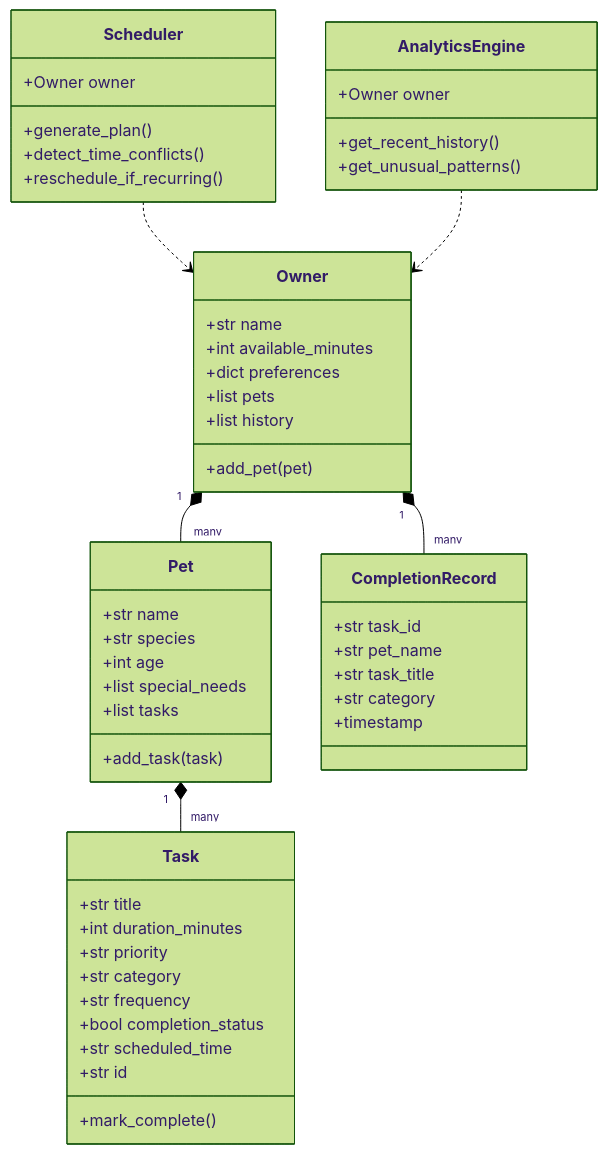
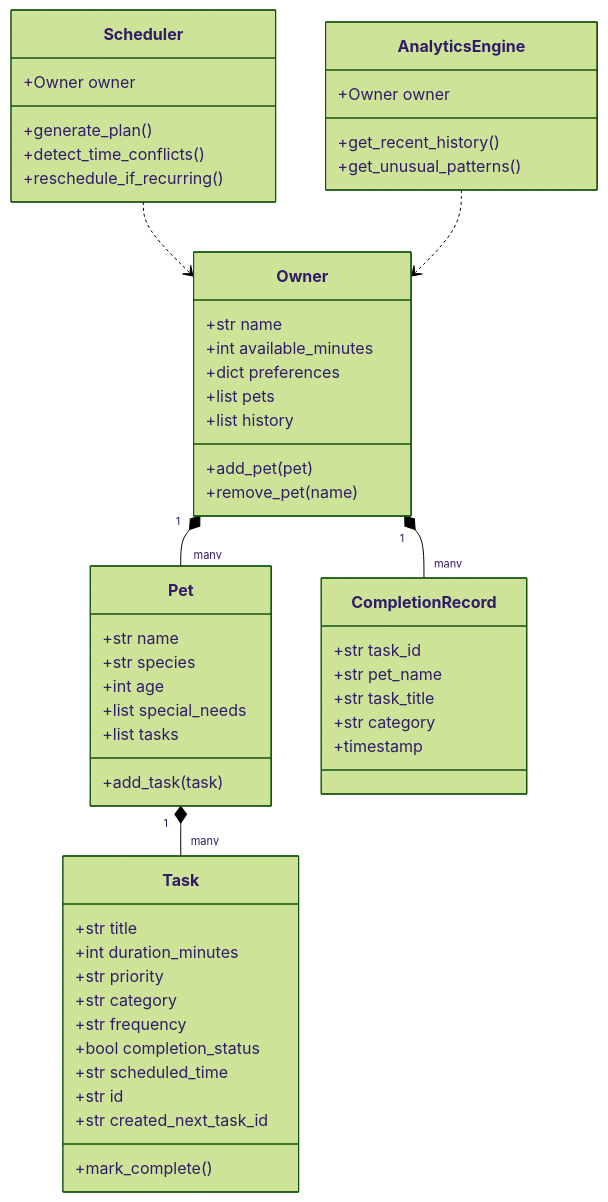
One commit to Mebsina/pawpal-ai-system-project changed the third of 4 diagrams in README.md. Above: the diagram before and after it, drawn with Mermaid (forest theme). The commit also changed other lines of this file, not shown here.

Commit message:
docs: update mermaid diagrams

````diff
--- a/README.md
+++ b/README.md
@@ -123,54 +125,56 @@
 ```mermaid
 classDiagram
     class Owner {
         +str name
         +int available_minutes
         +dict preferences
         +list pets
         +list history
         +add_pet(pet)
+        +remove_pet(name)
     }
     class Pet {
         +str name
         +str species
         +int age
         +list special_needs
         +list tasks
         +add_task(task)
     }
     class Task {
         +str title
         +int duration_minutes
         +str priority
         +str category
         +str frequency
         +bool completion_status
         +str scheduled_time
         +str id
+        +str created_next_task_id
         +mark_complete()
     }
     class CompletionRecord {
         +str task_id
         +str pet_name
         +str task_title
         +str category
         +timestamp
     }
     class Scheduler {
         +Owner owner
         +generate_plan()
         +detect_time_conflicts()
         +reschedule_if_recurring()
     }
     class AnalyticsEngine {
         +Owner owner
         +get_recent_history()
         +get_unusual_patterns()
     }
 
     Owner "1" *-- "many" Pet
     Owner "1" *-- "many" CompletionRecord
     Pet "1" *-- "many" Task
     Scheduler ..> Owner
     AnalyticsEngine ..> Owner
 ```
````
